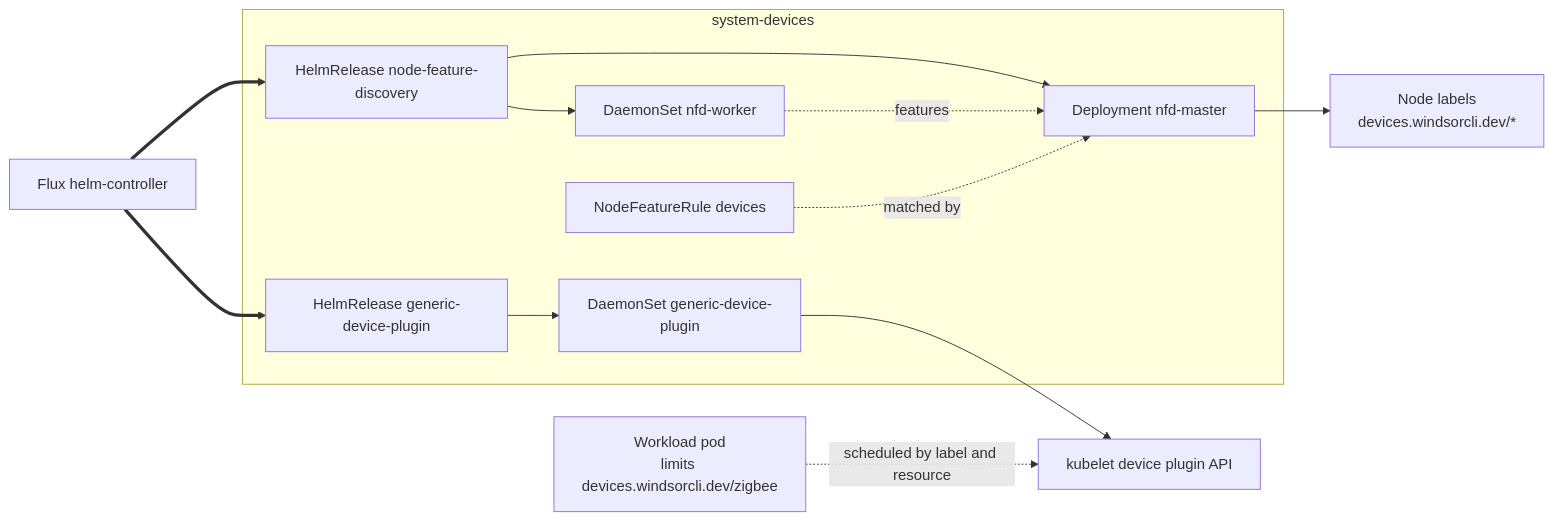
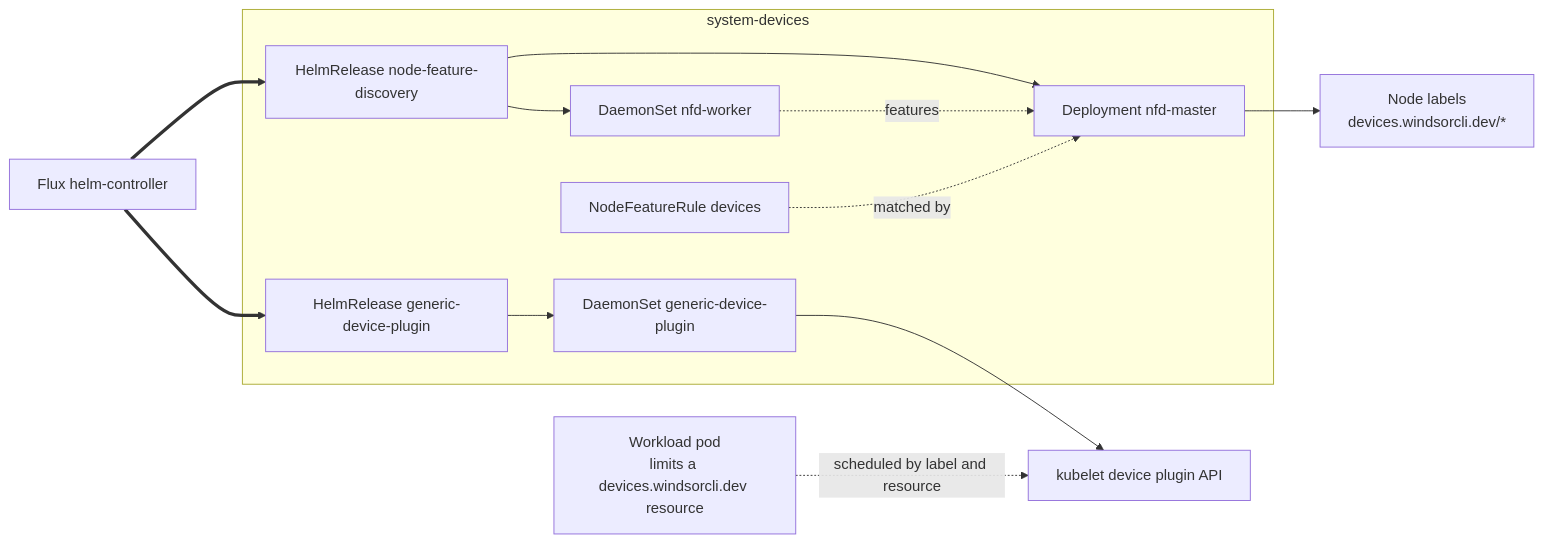
Before and after one commit to windsorcli/core: the diagram in kustomize/devices/README.md, drawn with Mermaid. The commit also changed other lines of this file and 4 other files, not shown here.

````diff
--- a/kustomize/devices/README.md
+++ b/kustomize/devices/README.md
@@ -10,25 +10,25 @@
 ```mermaid
 flowchart LR
   flux[Flux helm-controller]
 
   subgraph systemdevices[system-devices]
     nfd_hr[HelmRelease node-feature-discovery]
     master[Deployment nfd-master]
     worker[DaemonSet nfd-worker]
     rule[NodeFeatureRule devices]
     gdp_hr[HelmRelease generic-device-plugin]
     gdp[DaemonSet generic-device-plugin]
   end
 
   node[Node labels<br/>devices.windsorcli.dev/*]
   kubelet[kubelet device plugin API]
-  pod[Workload pod<br/>limits devices.windsorcli.dev/zigbee]
+  pod[Workload pod<br/>limits a devices.windsorcli.dev resource]
 
   flux ==> nfd_hr --> master & worker
   flux ==> gdp_hr --> gdp
   worker -.features.-> master
   rule -.matched by.-> master
   master --> node
   gdp --> kubelet
   pod -.scheduled by label and resource.-> kubelet
 ```
````
